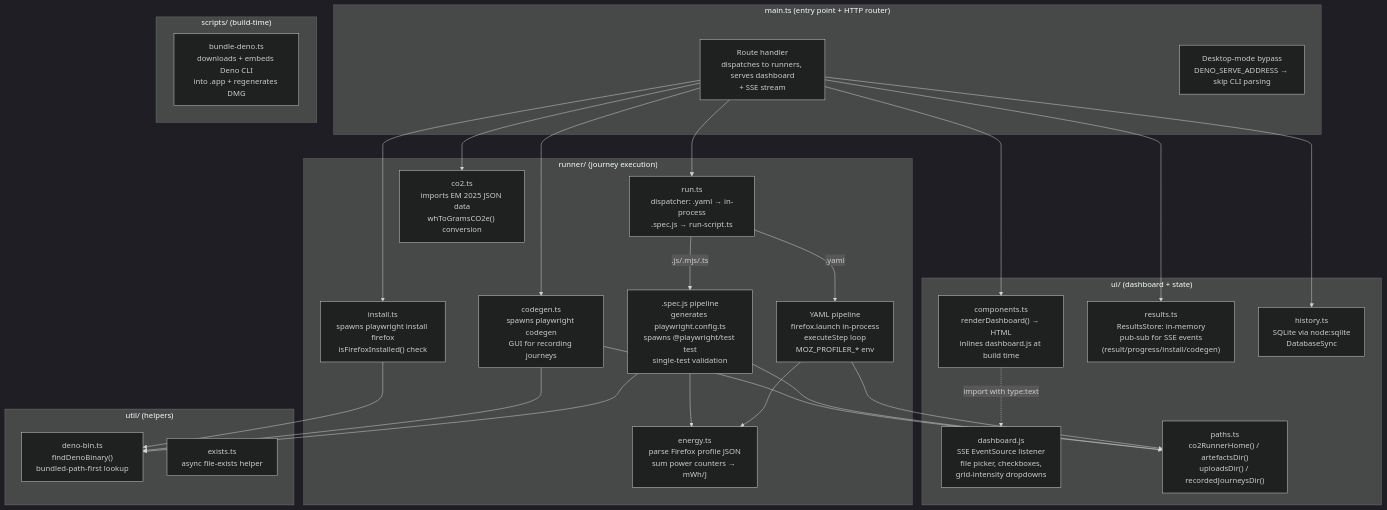
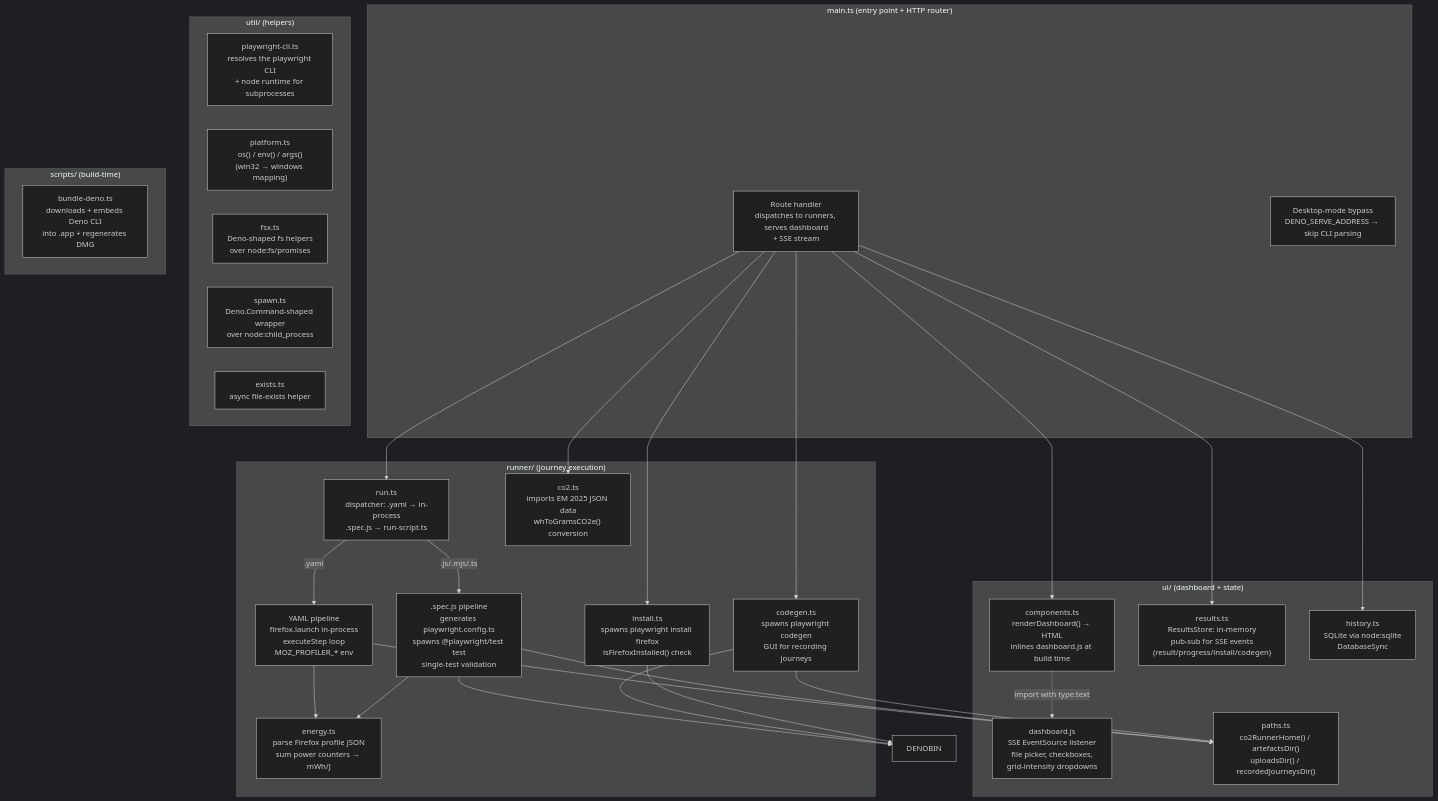
Before and after one commit to mrchrisadams/co2-runner: the third of 13 diagrams in docs/architecture.md, drawn with Mermaid (dark theme). The commit also changed other lines of this file and 3 other files, not shown here.

````diff
--- a/docs/architecture.md
+++ b/docs/architecture.md
@@ -117,56 +130,59 @@
 ```mermaid
 graph TB
     subgraph "main.ts (entry point + HTTP router)"
         ROUTES["Route handler<br/>dispatches to runners, serves dashboard<br/>+ SSE stream"]
         DESKTOP_GATE["Desktop-mode bypass<br/>DENO_SERVE_ADDRESS → skip CLI parsing"]
     end
 
     subgraph "runner/ (journey execution)"
         DISPATCH["run.ts<br/>dispatcher: .yaml → in-process<br/>.spec.js → run-script.ts"]
         YAML["YAML pipeline<br/>firefox.launch in-process<br/>executeStep loop<br/>MOZ_PROFILER_* env"]
         SCRIPT[".spec.js pipeline<br/>generates playwright.config.ts<br/>spawns @playwright/test test<br/>single-test validation"]
         ENERGY["energy.ts<br/>parse Firefox profile JSON<br/>sum power counters → mWh/J"]
         CODEGEN["codegen.ts<br/>spawns playwright codegen<br/>GUI for recording journeys"]
         INSTALL["install.ts<br/>spawns playwright install firefox<br/>isFirefoxInstalled() check"]
         CO2MOD["co2.ts<br/>imports EM 2025 JSON data<br/>whToGramsCO2e() conversion"]
     end
 
     subgraph "ui/ (dashboard + state)"
         COMP["components.ts<br/>renderDashboard() → HTML<br/>inlines dashboard.js at build time"]
         DASHJS["dashboard.js<br/>SSE EventSource listener<br/>file picker, checkboxes,<br/>grid-intensity dropdowns"]
         RESULTS["results.ts<br/>ResultsStore: in-memory<br/>pub-sub for SSE events<br/>(result/progress/install/codegen)"]
         HISTORY["history.ts<br/>SQLite via node:sqlite<br/>DatabaseSync"]
         PATHS["paths.ts<br/>co2RunnerHome() / artefactsDir()<br/>uploadsDir() / recordedJourneysDir()"]
     end
 
     subgraph "util/ (helpers)"
-        DENOBIN["deno-bin.ts<br/>findDenoBinary()<br/>bundled-path-first lookup"]
+        PWCLI["playwright-cli.ts<br/>resolves the playwright CLI<br/>+ node runtime for subprocesses"]
+        PLATFORM["platform.ts<br/>os() / env() / args()<br/>(win32 → windows mapping)"]
+        FSX["fsx.ts<br/>Deno-shaped fs helpers<br/>over node:fs/promises"]
+        SPAWN["spawn.ts<br/>Deno.Command-shaped wrapper<br/>over node:child_process"]
         EXISTS["exists.ts<br/>async file-exists helper"]
     end
 
     subgraph "scripts/ (build-time)"
         BUNDLE["bundle-deno.ts<br/>downloads + embeds Deno CLI<br/>into .app + regenerates DMG"]
     end
 
     ROUTES --> DISPATCH
     ROUTES --> CODEGEN
     ROUTES --> INSTALL
     ROUTES --> RESULTS
     ROUTES --> COMP
     ROUTES --> HISTORY
     ROUTES --> CO2MOD
 
     DISPATCH -->|".yaml"| YAML
     DISPATCH -->|".js/.mjs/.ts"| SCRIPT
     YAML --> ENERGY
     SCRIPT --> ENERGY
     YAML --> PATHS
     SCRIPT --> PATHS
     CODEGEN --> PATHS
 
     SCRIPT --> DENOBIN
     CODEGEN --> DENOBIN
     INSTALL --> DENOBIN
 
     COMP -.->|import with type:text| DASHJS
 ```
````
